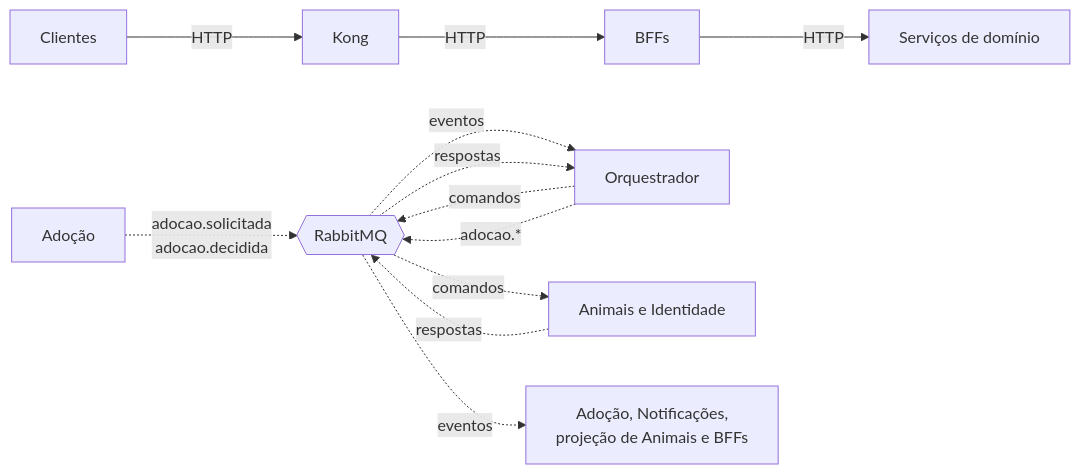
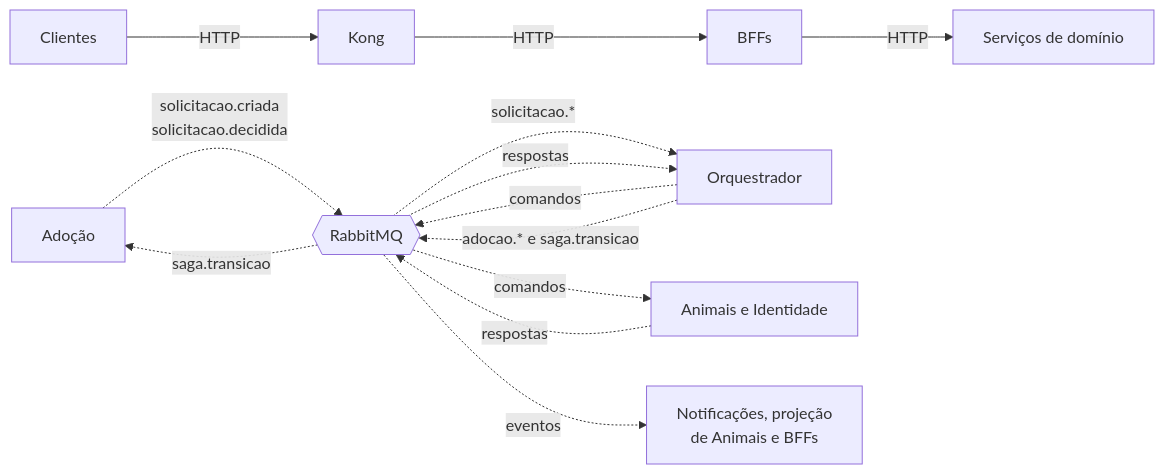
One commit to gxbreus/ampara changed the diagram in docs/arquitetura.md. Above: the diagram before and after it, drawn with Mermaid. The commit also changed other lines of this file, not shown here.

First line of the commit message:
docs: alinha a arquitetura v2 aos nomes finais das mensagens do Orquestrador

````diff
--- a/docs/arquitetura.md
+++ b/docs/arquitetura.md
@@ -53,14 +53,15 @@
 ```mermaid
 flowchart LR
     C[Clientes] -->|HTTP| GW[Kong]
     GW -->|HTTP| BFF[BFFs]
     BFF -->|HTTP| S[Serviços de domínio]
-    AD[Adoção] -.->|"adocao.solicitada<br/>adocao.decidida"| MQ{{RabbitMQ}}
-    MQ -.->|eventos| OR[Orquestrador]
+    AD[Adoção] -.->|"solicitacao.criada<br/>solicitacao.decidida"| MQ{{RabbitMQ}}
+    MQ -.->|"solicitacao.*"| OR[Orquestrador]
     OR -.->|comandos| MQ
     MQ -.->|comandos| P[Animais e Identidade]
     P -.->|respostas| MQ
     MQ -.->|respostas| OR
-    OR -.->|"adocao.*"| MQ
-    MQ -.->|eventos| CONS[Adoção, Notificações,<br/>projeção de Animais e BFFs]
+    OR -.->|"adocao.* e saga.transicao"| MQ
+    MQ -.->|saga.transicao| AD
+    MQ -.->|eventos| CONS[Notificações, projeção<br/>de Animais e BFFs]
 ```
````
